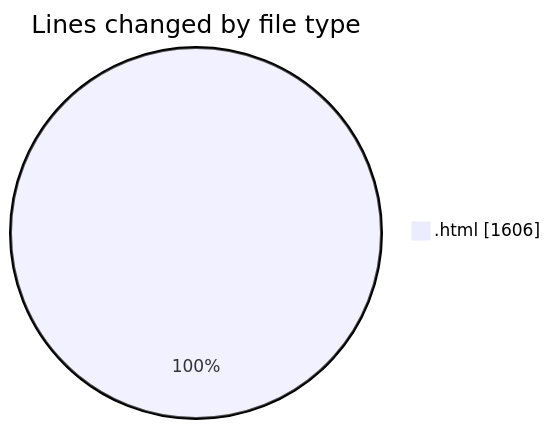
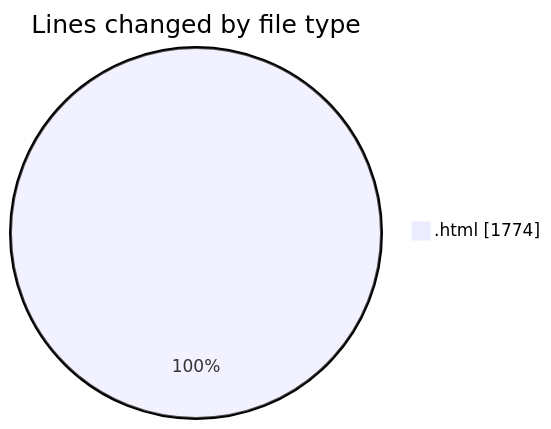
The first of 2 diagrams in 2025-06-17/projects/README.md (Ritupan-Deka/code-tracking), drawn with Mermaid before and after one commit. The commit also changed other lines of this file and 1 other file, not shown here.

````diff
--- a/2025-06-17/projects/README.md
+++ b/2025-06-17/projects/README.md
@@ -20,5 +21,5 @@
 ```mermaid
 pie showData
 title Lines changed by file type
-".html" : 1606
+".html" : 1774
 ```
````
